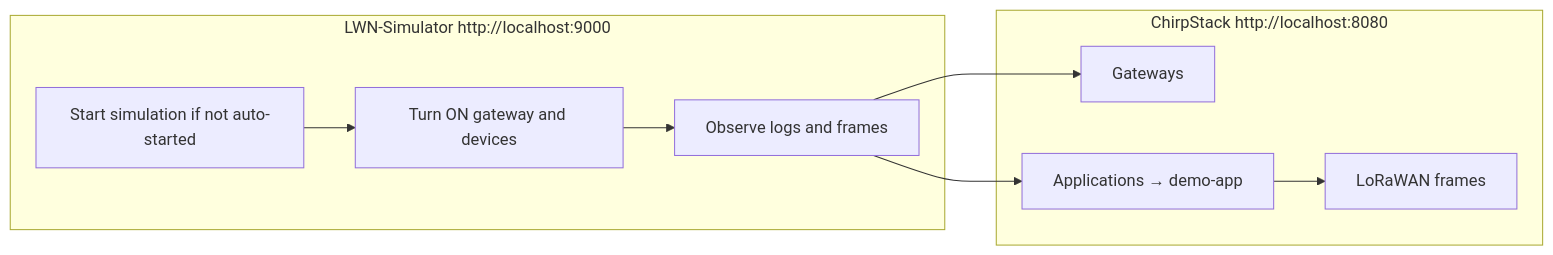
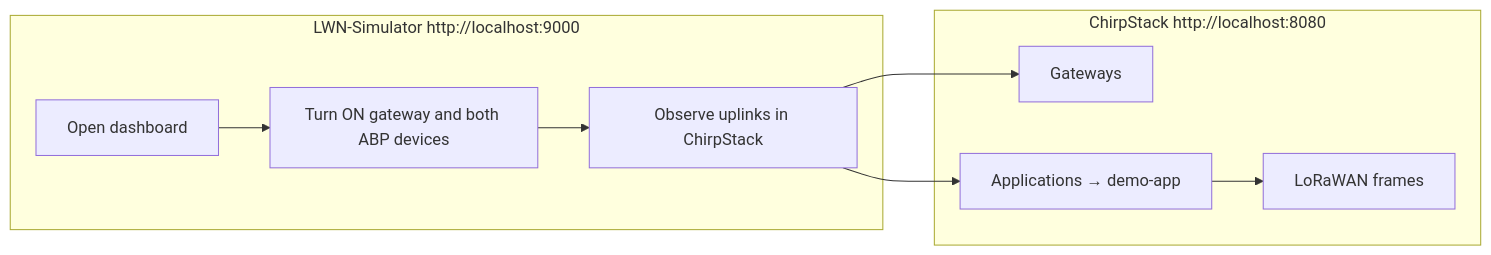
The sixth of 6 diagrams in README.md (lucadagati/Chirpstack_BackEnd), drawn with Mermaid before and after one commit. The commit also changed other lines of this file and 4 other files, not shown here.

First line of the commit message:
README: add LoRaWAN and ChirpStack theory; seed from LWN config; LWN on 9000, gateway profile

````diff
--- a/README.md
+++ b/README.md
@@ -260,20 +289,20 @@
 ```mermaid
 flowchart LR
     subgraph chirpstack_ui["ChirpStack http://localhost:8080"]
         GW_UI[Gateways]
         APP_UI[Applications → demo-app]
         FRAMES[LoRaWAN frames]
     end
 
     subgraph lwn_ui["LWN-Simulator http://localhost:9000"]
-        START[Start simulation if not auto-started]
-        TURN_ON[Turn ON gateway and devices]
-        OBSERVE[Observe logs and frames]
+        OPEN[Open dashboard]
+        TURN_ON[Turn ON gateway and both ABP devices]
+        OBSERVE[Observe uplinks in ChirpStack]
     end
 
-    START --> TURN_ON
+    OPEN --> TURN_ON
     TURN_ON --> OBSERVE
     OBSERVE --> GW_UI
     OBSERVE --> APP_UI
     APP_UI --> FRAMES
 ```
````
